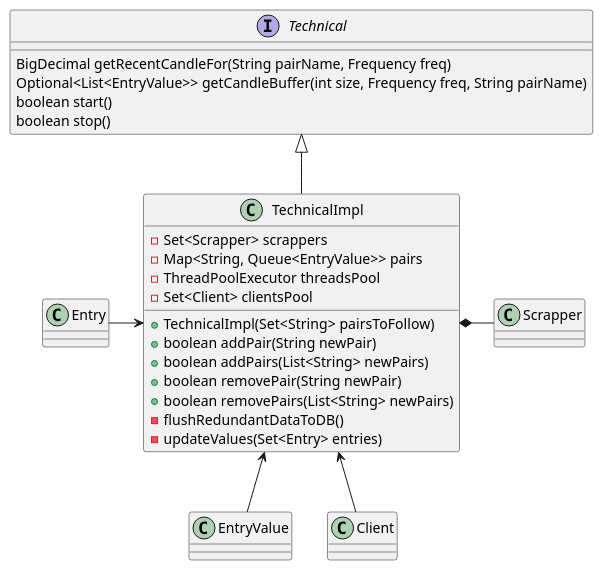
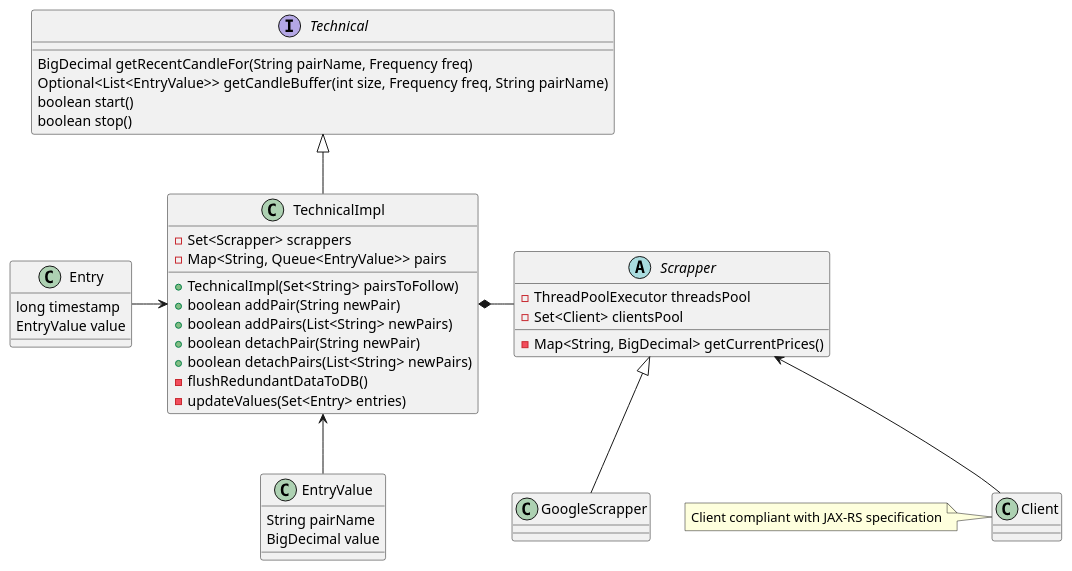
Before and after one commit to R-tooR/tradebot-game-concept: the diagram in components-details/Technical.puml, drawn with PlantUML.

Commit message:
Technical component designed

```diff
--- a/components-details/Technical.puml
+++ b/components-details/Technical.puml
@@ -1,58 +1,80 @@
 @startuml
 'https://plantuml.com/class-diagram
 
 'abstract class AbstractList
 'abstract AbstractCollection
 'interface List
 'interface Collection
 '
 'List <|-- AbstractList
 'Collection <|-- AbstractCollection
 '
 'Collection <|- List
 'AbstractCollection <|- AbstractList
 'AbstractList <|-- ArrayList
 '
 'class ArrayList {
 'Object[] elementData
 'size()
 '}
 '
 'enum TimeUnit {
 'DAYS
 'HOURS
 'MINUTES
 '}
 
 interface Technical {
   BigDecimal getRecentCandleFor(String pairName, Frequency freq)
   Optional<List<EntryValue>> getCandleBuffer(int size, Frequency freq, String pairName)
   boolean start()
   boolean stop()
 }
 
 Technical <|-- TechnicalImpl
 
 class TechnicalImpl {
 - Set<Scrapper> scrappers
 - Map<String, Queue<EntryValue>> pairs
-- ThreadPoolExecutor threadsPool
-- Set<Client> clientsPool
+
 'rozważ zrobienie czegoś w stylu time-series DB - warto rozważyć np. InfluxDB
 + TechnicalImpl(Set<String> pairsToFollow)
 + boolean addPair(String newPair)
 + boolean addPairs(List<String> newPairs)
-+ boolean removePair(String newPair)
-+ boolean removePairs(List<String> newPairs)
++ boolean detachPair(String newPair)
++ boolean detachPairs(List<String> newPairs)
 ' żeby nie kisić nadmiaru danych w pamięci JVM, można ich nadmiar wyrzucić do bazy danych
+' jest javowy klient InfluxDB który pozwlala na zapisywanie do bazy okresowo
 - flushRedundantDataToDB()
 - updateValues(Set<Entry> entries)
 
 }
 
+class Entry {
+    long timestamp
+    EntryValue value
+}
+
+class EntryValue {
+    String pairName
+    BigDecimal value
+}
+
 TechnicalImpl *- Scrapper
 TechnicalImpl <-- EntryValue
 Entry -> TechnicalImpl
-TechnicalImpl <-- Client
+Scrapper <-- Client
+note left
+Client compliant with JAX-RS specification
+end note
 
+abstract class Scrapper {
+    - ThreadPoolExecutor threadsPool
+    - Set<Client> clientsPool
+
+    - Map<String, BigDecimal> getCurrentPrices()
+}
+
+class GoogleScrapper extends Scrapper {
+}
 @enduml
```
